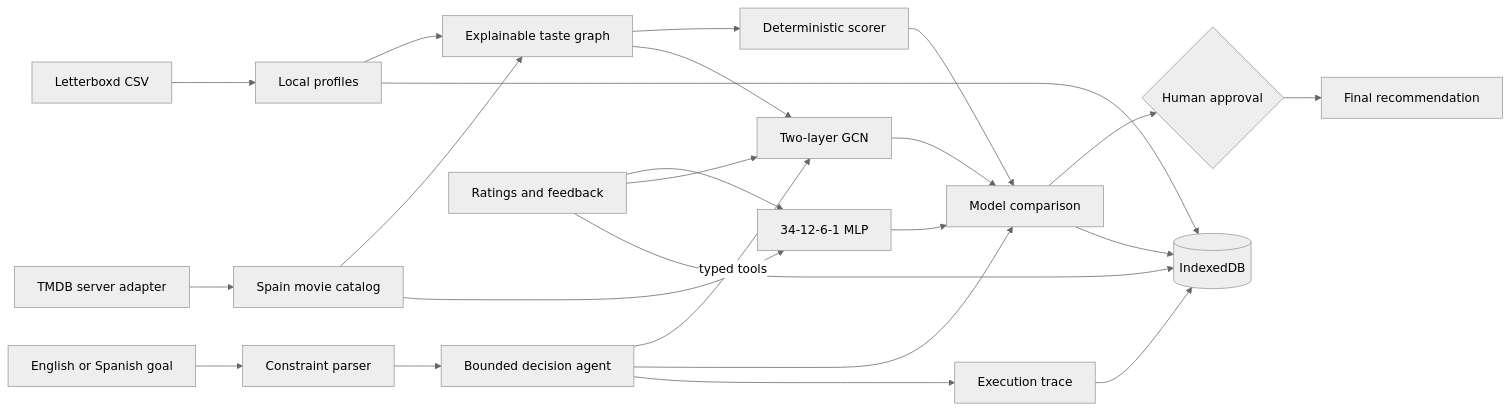
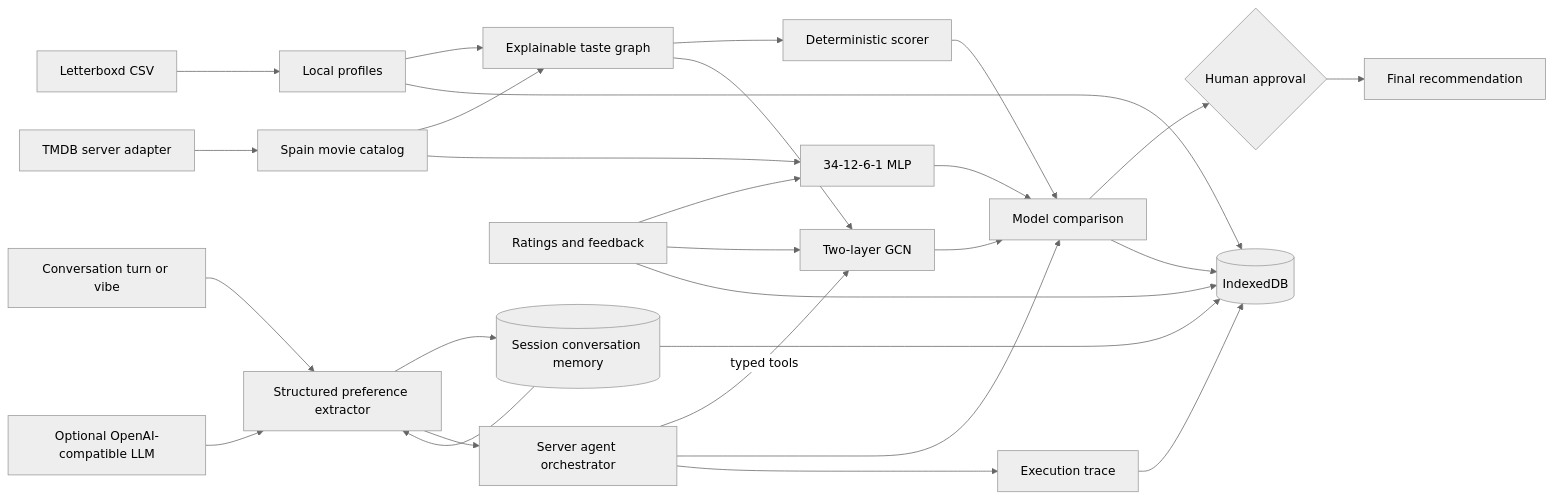
Before and after one commit to judityebra/reel-circle: the diagram in ARCHITECTURE.md, drawn with Mermaid (neutral theme). The commit also changed other lines of this file and 14 other files, not shown here.

````diff
--- a/ARCHITECTURE.md
+++ b/ARCHITECTURE.md
@@ -5,26 +5,30 @@
 ```mermaid
 flowchart LR
     CSV[Letterboxd CSV] --> Profiles[Local profiles]
     TMDB[TMDB server adapter] --> Catalog[Spain movie catalog]
     Profiles --> KG[Explainable taste graph]
     Catalog --> KG
-    Prompt[English or Spanish goal] --> Parser[Constraint parser]
-    Parser --> Agent[Bounded decision agent]
+    Prompt[Conversation turn or vibe] --> Parser[Structured preference extractor]
+    Parser --> Memory[(Session conversation memory)]
+    Memory --> Parser
+    Parser --> Agent[Server agent orchestrator]
+    LLM[Optional OpenAI-compatible LLM] --> Parser
     KG --> Baseline[Deterministic scorer]
     Feedback[Ratings and feedback] --> MLP[34-12-6-1 MLP]
     Feedback --> GCN[Two-layer GCN]
     Catalog --> MLP
     KG --> GCN
     Agent -->|typed tools| GCN
     Agent --> Compare[Model comparison]
     Baseline --> Compare
     MLP --> Compare
     GCN --> Compare
     Compare --> Approval{Human approval}
     Approval --> Result[Final recommendation]
     Profiles --> Store[(IndexedDB)]
     Feedback --> Store
     Compare --> Store
     Agent --> Trace[Execution trace]
     Trace --> Store
+    Memory --> Store
 ```
````
